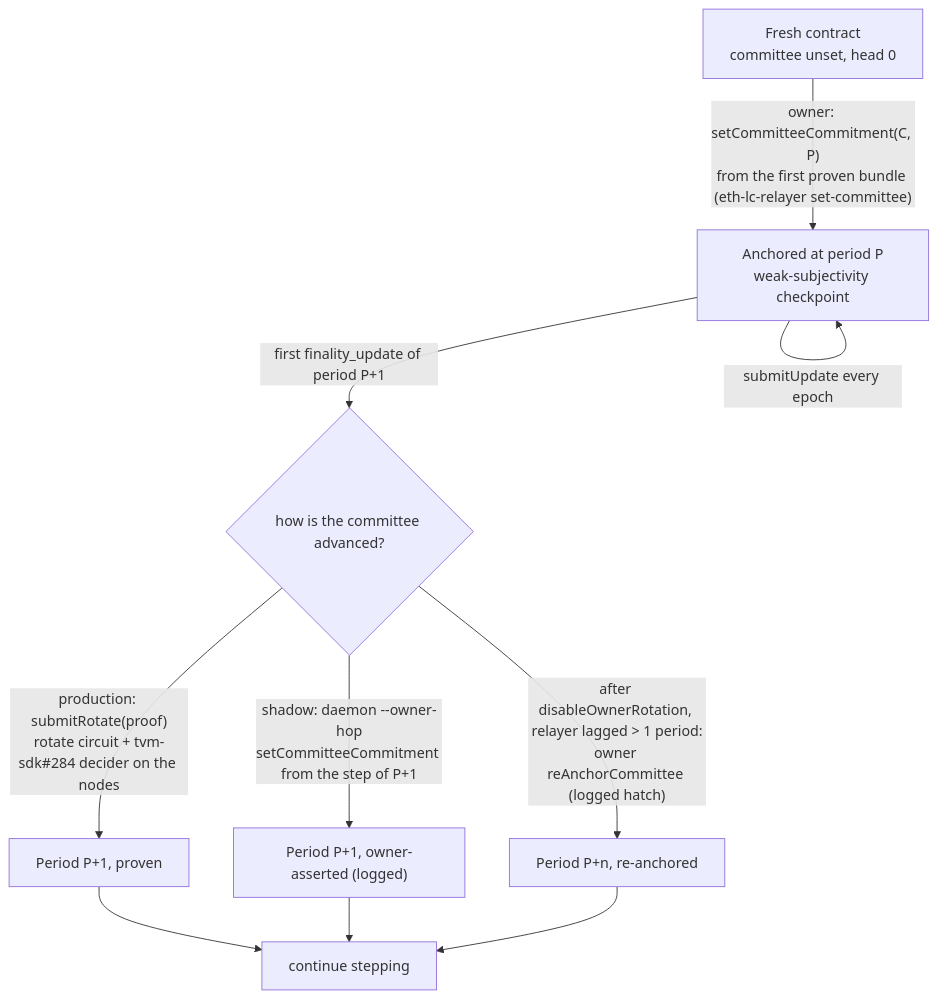
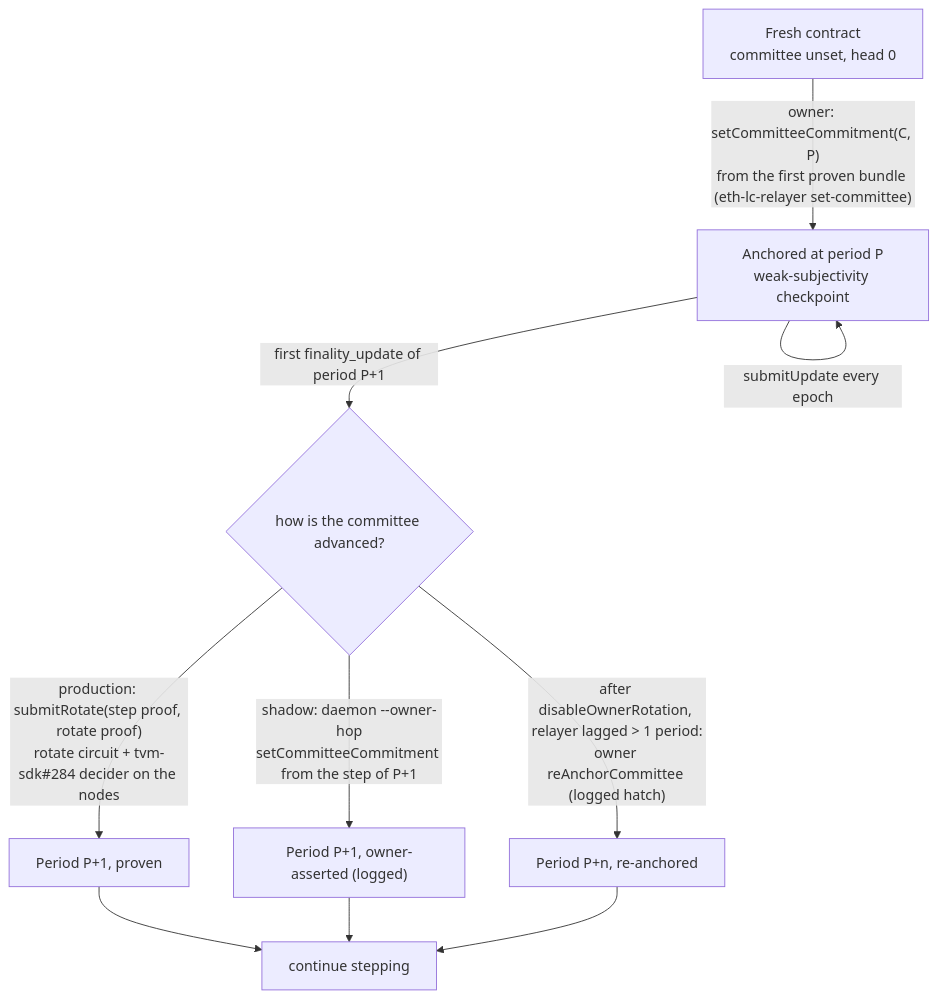
Before and after one commit to gosh-sh/bridge: the third of 5 diagrams in docs/eth-light-client.md, drawn with Mermaid. The commit also changed other lines of this file and 36 other files, not shown here.

First line of the commit message:
Prove the committee rotate with one table-SHA circuit and a step proof (bridge-audit#144)

````diff
--- a/docs/eth-light-client.md
+++ b/docs/eth-light-client.md
@@ -175,12 +175,12 @@
 ```mermaid
 flowchart TD
   A["Fresh contract<br/>committee unset, head 0"] -->|"owner: setCommitteeCommitment(C, P)<br/>from the first proven bundle (eth-lc-relayer set-committee)"| B["Anchored at period P<br/>weak-subjectivity checkpoint"]
   B -->|"submitUpdate every epoch"| B
   B -->|"first finality_update of period P+1"| C{"how is the committee advanced?"}
-  C -->|"production: submitRotate(proof)<br/>rotate circuit + tvm-sdk#284 decider on the nodes"| D["Period P+1, proven"]
+  C -->|"production: submitRotate(step proof, rotate proof)<br/>rotate circuit + tvm-sdk#284 decider on the nodes"| D["Period P+1, proven"]
   C -->|"shadow: daemon --owner-hop<br/>setCommitteeCommitment from the step of P+1"| E["Period P+1, owner-asserted (logged)"]
   C -->|"after disableOwnerRotation, relayer lagged > 1 period:<br/>owner reAnchorCommittee (logged hatch)"| F["Period P+n, re-anchored"]
   D --> G["continue stepping"]
   E --> G
   F --> G
 ```
````
